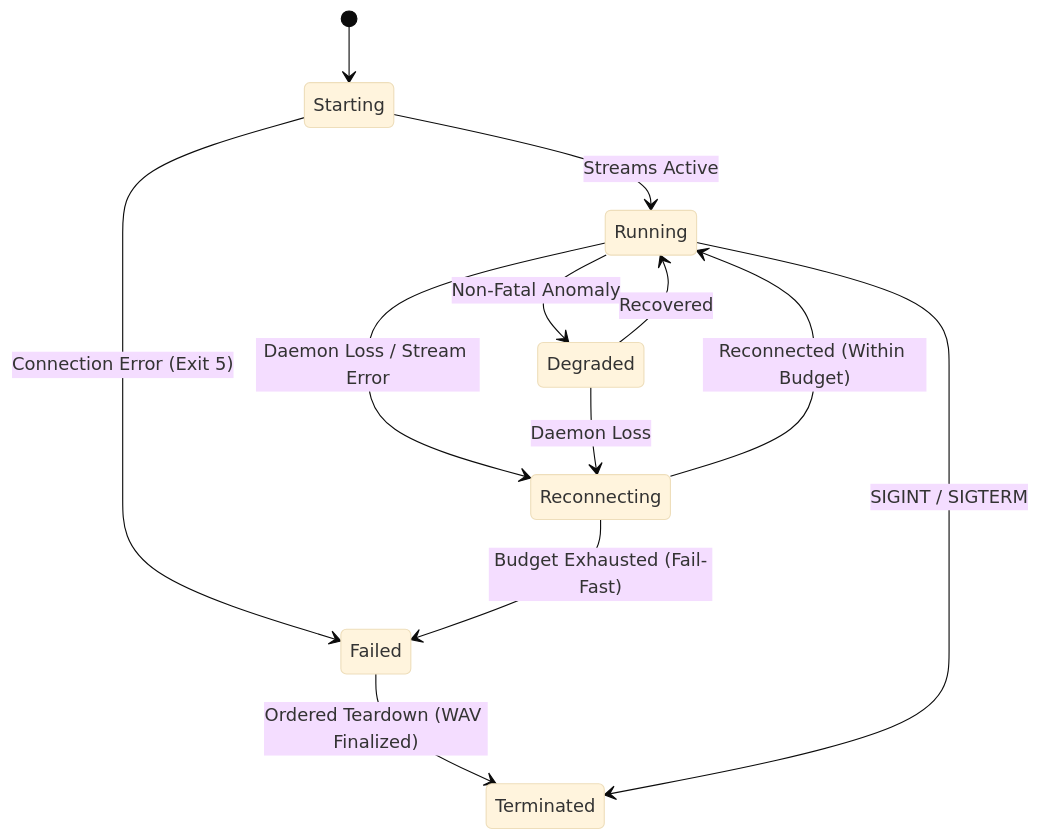
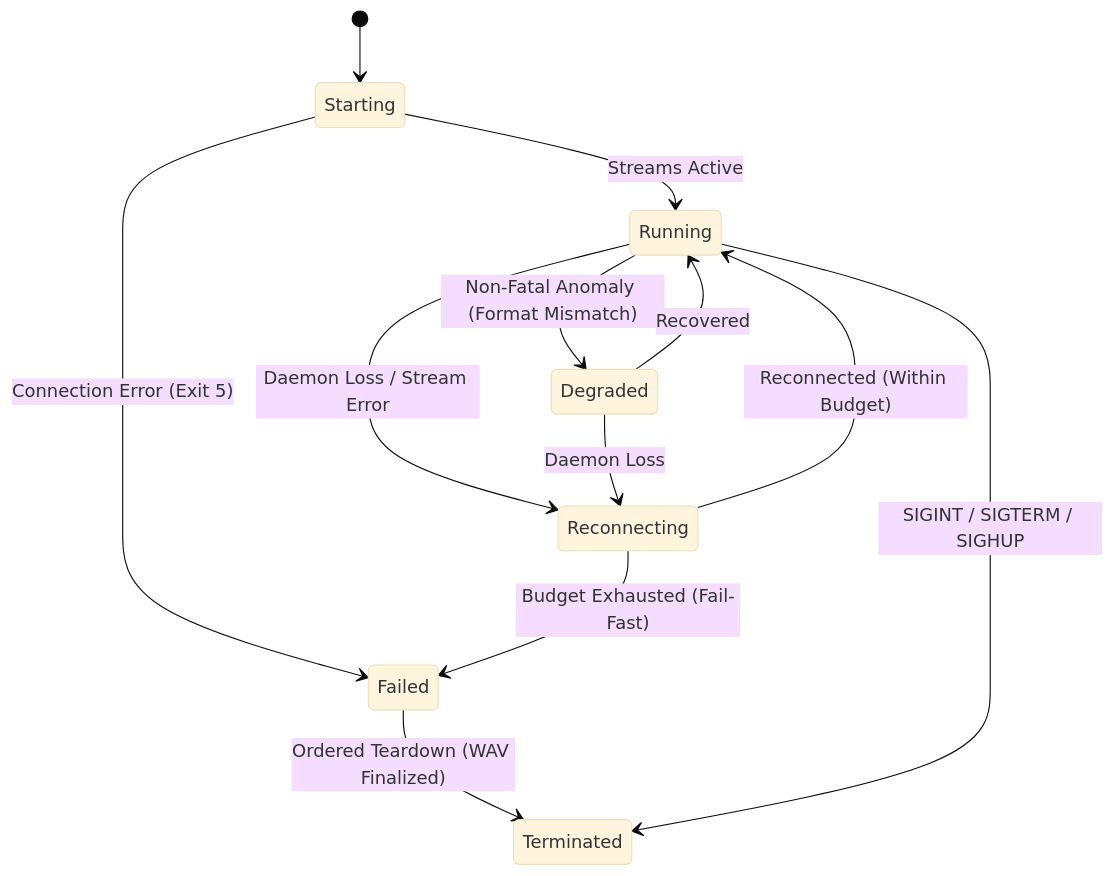
Before and after one commit to fabiohl/NAM-Audio-Pipe: the diagram in docs/architecture.md, drawn with Mermaid (base theme). The commit also changed other lines of this file and 5 other files, not shown here.

Commit message:
chore: release v1.1.0 with PipeWire SPA latency architecture, A/B optimization tooling, and engine v2.0.0 integration

````diff
--- a/docs/architecture.md
+++ b/docs/architecture.md
@@ -150,14 +158,14 @@
 ```mermaid
 stateDiagram-v2
     [*] --> Starting
     Starting --> Running: Streams Active
     Starting --> Failed: Connection Error (Exit 5)
-    Running --> Degraded: Non-Fatal Anomaly
+    Running --> Degraded: Non-Fatal Anomaly (Format Mismatch)
     Degraded --> Running: Recovered
     Running --> Reconnecting: Daemon Loss / Stream Error
     Degraded --> Reconnecting: Daemon Loss
     Reconnecting --> Running: Reconnected (Within Budget)
     Reconnecting --> Failed: Budget Exhausted (Fail-Fast)
     Failed --> Terminated: Ordered Teardown (WAV Finalized)
-    Running --> Terminated: SIGINT / SIGTERM
+    Running --> Terminated: SIGINT / SIGTERM / SIGHUP
 ```
````
